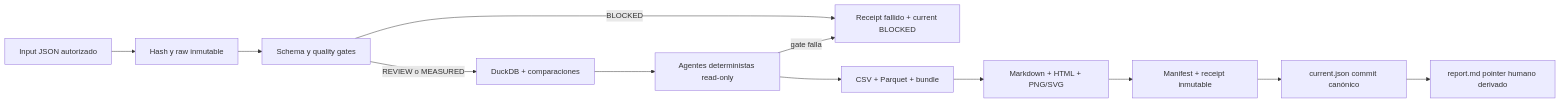
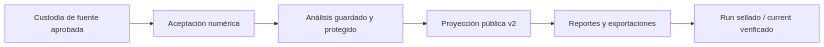
Before and after one commit to erickinorganico/career-signals-mx: the first of 2 diagrams in docs/ARCHITECTURE.md, drawn with Mermaid. The commit also changed other lines of this file and 11 other files, not shown here.

````diff
--- a/docs/ARCHITECTURE.md
+++ b/docs/ARCHITECTURE.md
@@ -38,14 +15,8 @@
 ```mermaid
 flowchart LR
-  A[Input JSON autorizado] --> B[Hash y raw inmutable]
-  B --> C[Schema y quality gates]
-  C -->|BLOCKED| X[Receipt fallido + current BLOCKED]
-  C -->|REVIEW o MEASURED| D[DuckDB + comparaciones]
-  D --> E[Agentes deterministas read-only]
-  E -->|gate falla| X
-  E --> F[CSV + Parquet + bundle]
-  F --> G[Markdown + HTML + PNG/SVG]
-  G --> H[Manifest + receipt inmutable]
-  H --> I[current.json commit canónico]
-  I --> J[report.md pointer humano derivado]
+  S[Custodia de fuente aprobada] --> N[Aceptación numérica]
+  N --> G[Análisis guardado y protegido]
+  G --> P[Proyección pública v2]
+  P --> R[Reportes y exportaciones]
+  R --> C[Run sellado / current verificado]
 ```
````
